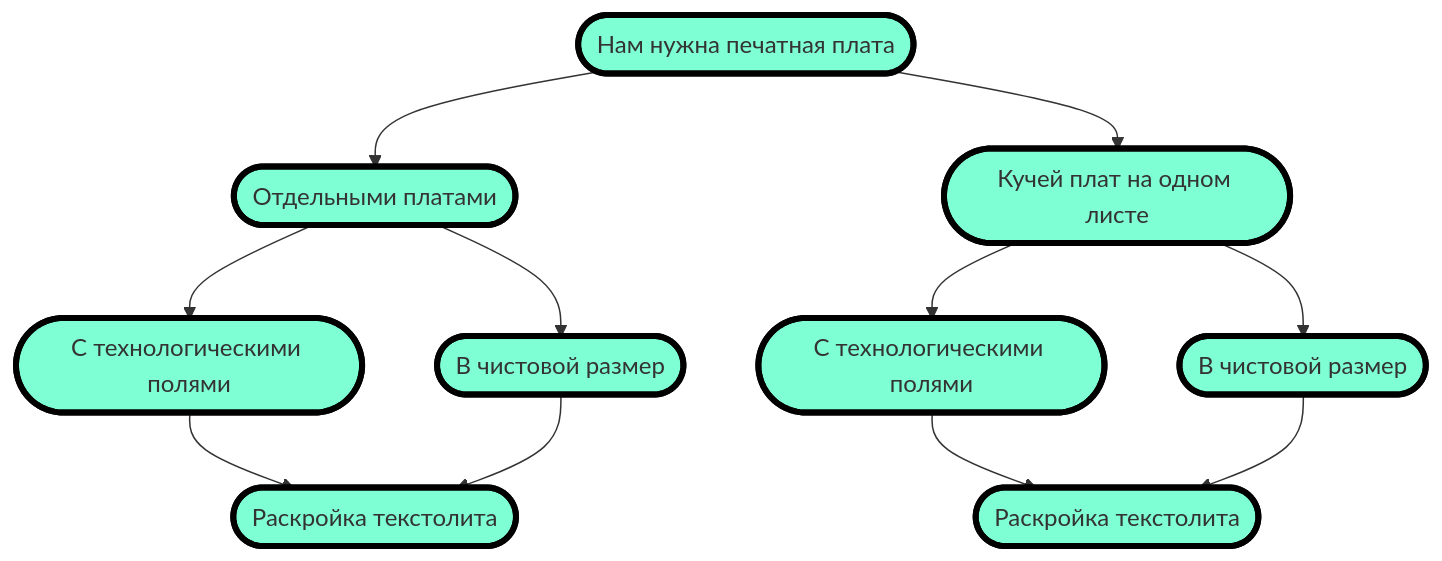
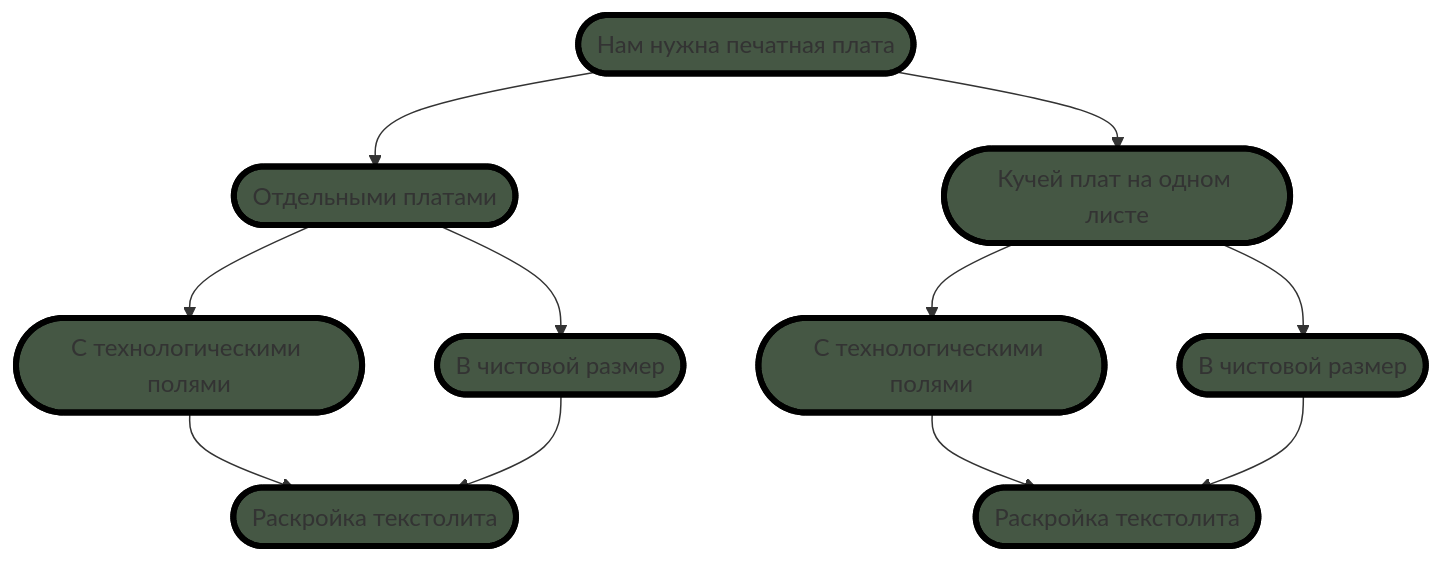
Before and after one commit to ufrs12/OLTA-RU: the diagram in README.md, drawn with Mermaid.

````diff
--- a/README.md
+++ b/README.md
@@ -8,25 +8,25 @@
 ```mermaid
 graph TD;
-classDef class1 fill:#7FFFD4, stroke:#000, stroke-width:4px
+classDef class1 fill:#455744, stroke:#000, stroke-width:4px
     Z([Нам нужна печатная плата]):::class1
     A([Отдельными платами]):::class1
     B([Кучей плат на одном листе]):::class1
     C([С технологическими полями]):::class1
     D([В чистовой размер]):::class1
     E([С технологическими полями]):::class1
     F([В чистовой размер]):::class1
     G([Раскройка текстолита]):::class1
     H([Раскройка текстолита]):::class1
     Z-->A;
     Z-->B;
 
     A-->C;
     A-->D;
     C-->G;
     D-->G;
 
     B-->E;
     B-->F;
     E-->H;
     F-->H;
 ```
````
